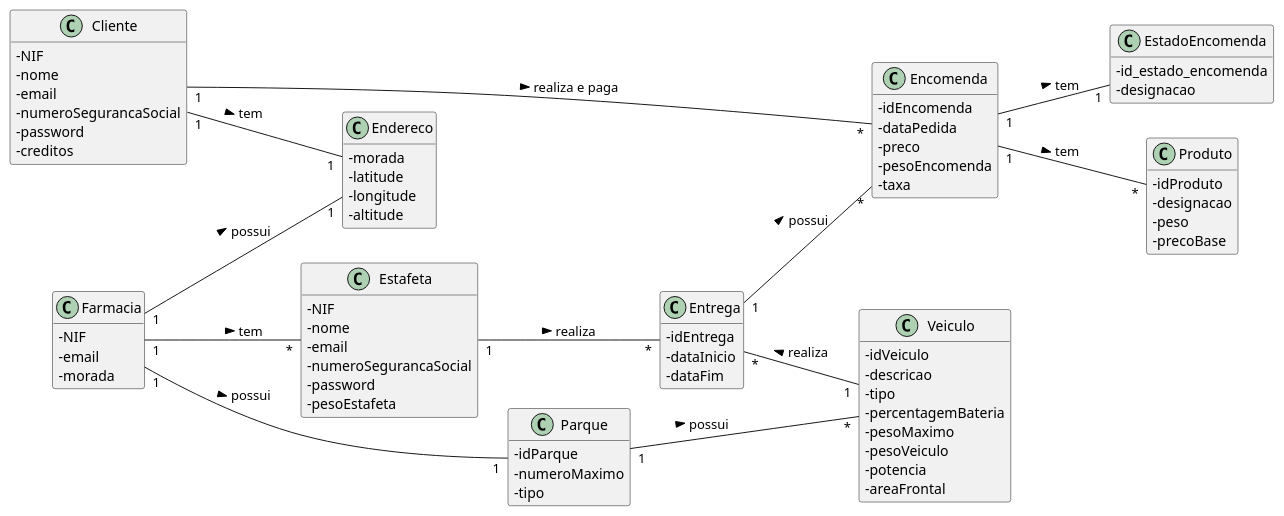
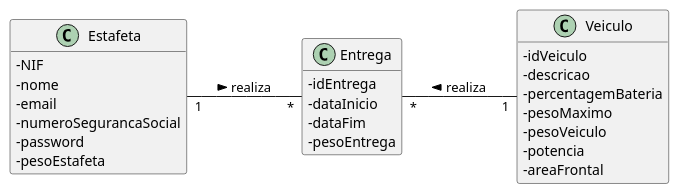
Before and after one commit to pedrolemos4/LAPR3: the diagram in docs/UC197/EntregaEficienteMD.puml, drawn with PlantUML. The commit also changed 7 other files, not shown here.

```diff
--- a/docs/UC197/EntregaEficienteMD.puml
+++ b/docs/UC197/EntregaEficienteMD.puml
@@ -1,95 +1,36 @@
 @startuml
 skinparam classAttributeIconSize 0
 hide methods
 left to right direction
 
-
 class Entrega {
   -idEntrega
   -dataInicio
   -dataFim
-}
-
-class Encomenda {
-  -idEncomenda
-  -dataPedida
-  -preco
-  -pesoEncomenda
-  -taxa
-}
-
-class EstadoEncomenda {
-  -id_estado_encomenda
-  -designacao
-}
-
-class Produto {
-  -idProduto
-  -designacao
-  -peso
-  -precoBase
+  -pesoEntrega
 }
 
 class Estafeta {
   -NIF
   -nome
   -email
   -numeroSegurancaSocial
   -password
   -pesoEstafeta
 }
 
 
-class Endereco {
-  -morada
-  -latitude
-  -longitude
-  -altitude
-}
-
 class Veiculo {
   -idVeiculo
   -descricao
-  -tipo
   -percentagemBateria
   -pesoMaximo
   -pesoVeiculo
   -potencia
   -areaFrontal
 }
 
-class Parque {
-  -idParque
-  -numeroMaximo
-  -tipo
-}
-
-class Cliente {
-  -NIF
-  -nome
-  -email
-  -numeroSegurancaSocial
-  -password
-  -creditos
-}
-
-class Farmacia {
-  -NIF
-  -email
-  -morada
-}
-
-Encomenda "1" -- "1" EstadoEncomenda : tem >
-Entrega "1" -- "*" Encomenda : possui >
 Estafeta "1" -- "*" Entrega: realiza >
-Cliente "1" -- "1" Endereco: tem >
-Cliente "1" -- "*" Encomenda: realiza e paga >
 Entrega "*" -- "1" Veiculo: realiza <
-Encomenda "1" -- "*" Produto: tem >
-Parque "1" -- "*" Veiculo: possui >
-Farmacia "1" -- "1" Parque: possui >
-Farmacia "1" -- "*" Estafeta: tem >
-Farmacia "1" -- "1" Endereco: possui >
-
 
 @enduml
```
